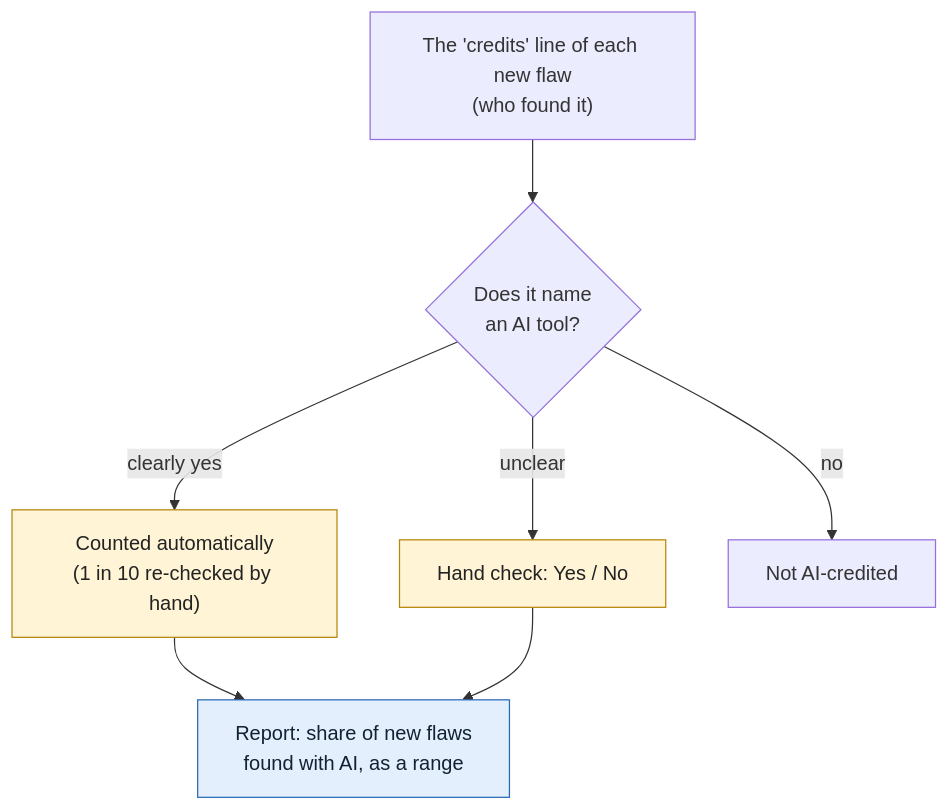
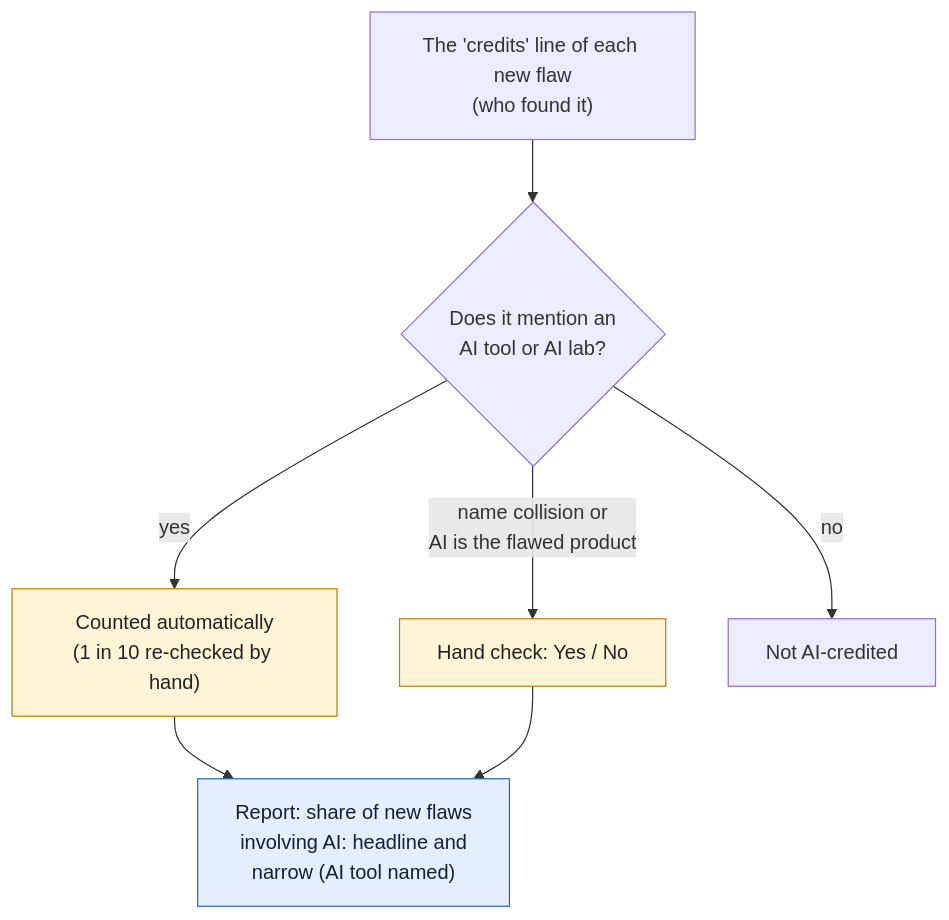
The diagram in docs/diagrams/track_c.mmd (pagagne/internet-security-snapshot), drawn with Mermaid before and after one commit. The commit also changed 14 other files, not shown here.

First line of the commit message:
T7 two numbers: headline counts any mention of an AI tool or frontier AI lab (author's rule, auto-accept v1.3, locked, deviation logged); registered tool-named count kept as the low end; direction needs both; evaluation of the rule on pilot data 2-12 Feb 2027; docs, app text, Track C diagram updated

```diff
--- a/docs/diagrams/track_c.mmd
+++ b/docs/diagrams/track_c.mmd
@@ -1,11 +1,11 @@
 flowchart TD
-  C1["The 'credits' line of each new flaw<br/>(who found it)"] --> C2{"Does it name<br/>an AI tool?"}
-  C2 -- "clearly yes" --> C3["Counted automatically<br/>(1 in 10 re-checked by hand)"]
-  C2 -- "unclear" --> C4["Hand check: Yes / No"]
+  C1["The 'credits' line of each new flaw<br/>(who found it)"] --> C2{"Does it mention an<br/>AI tool or AI lab?"}
+  C2 -- "yes" --> C3["Counted automatically<br/>(1 in 10 re-checked by hand)"]
+  C2 -- "name collision or<br/>AI is the flawed product" --> C4["Hand check: Yes / No"]
   C2 -- "no" --> C5["Not AI-credited"]
-  C3 --> C6["Report: share of new flaws<br/>found with AI, as a range"]
+  C3 --> C6["Report: share of new flaws<br/>involving AI: headline and<br/>narrow (AI tool named)"]
   C4 --> C6
   classDef you fill:#fff4d6,stroke:#b8860b,color:#222
   classDef out fill:#e3effc,stroke:#2a6bb5,color:#123
   class C3,C4 you
   class C6 out
```
